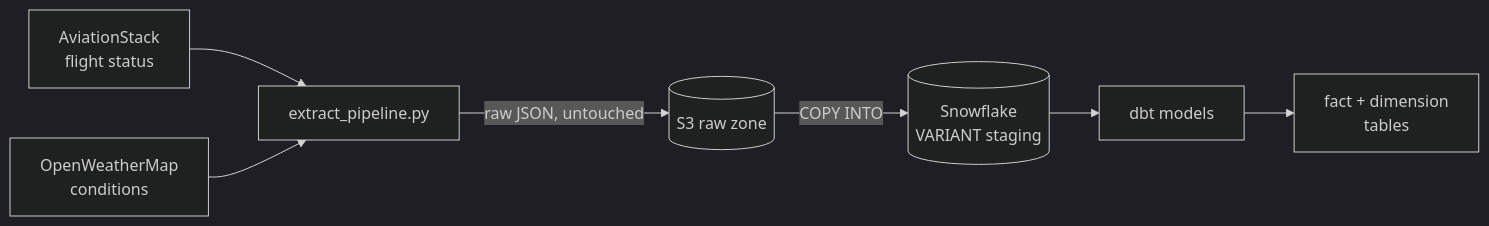
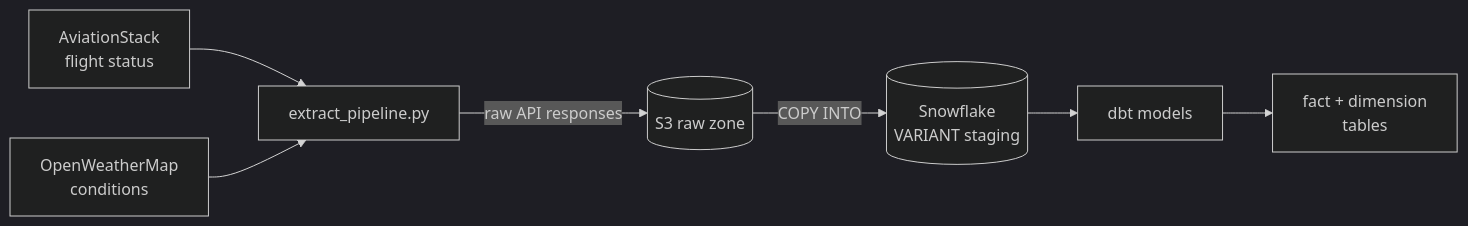
One commit to Riostega/flight-delay-pipeline changed the diagram in README.md. Above: the diagram before and after it, drawn with Mermaid (dark theme). The commit also changed other lines of this file, not shown here.

````diff
--- a/README.md
+++ b/README.md
@@ -17,9 +24,9 @@
 ```mermaid
 flowchart LR
     A[AviationStack<br/>flight status] --> C[extract_pipeline.py]
     B[OpenWeatherMap<br/>conditions] --> C
-    C -->|raw JSON, untouched| D[(S3 raw zone)]
+    C -->|raw API responses| D[(S3 raw zone)]
     D -->|COPY INTO| E[(Snowflake<br/>VARIANT staging)]
     E --> F[dbt models]
     F --> G[fact + dimension<br/>tables]
 ```
````
